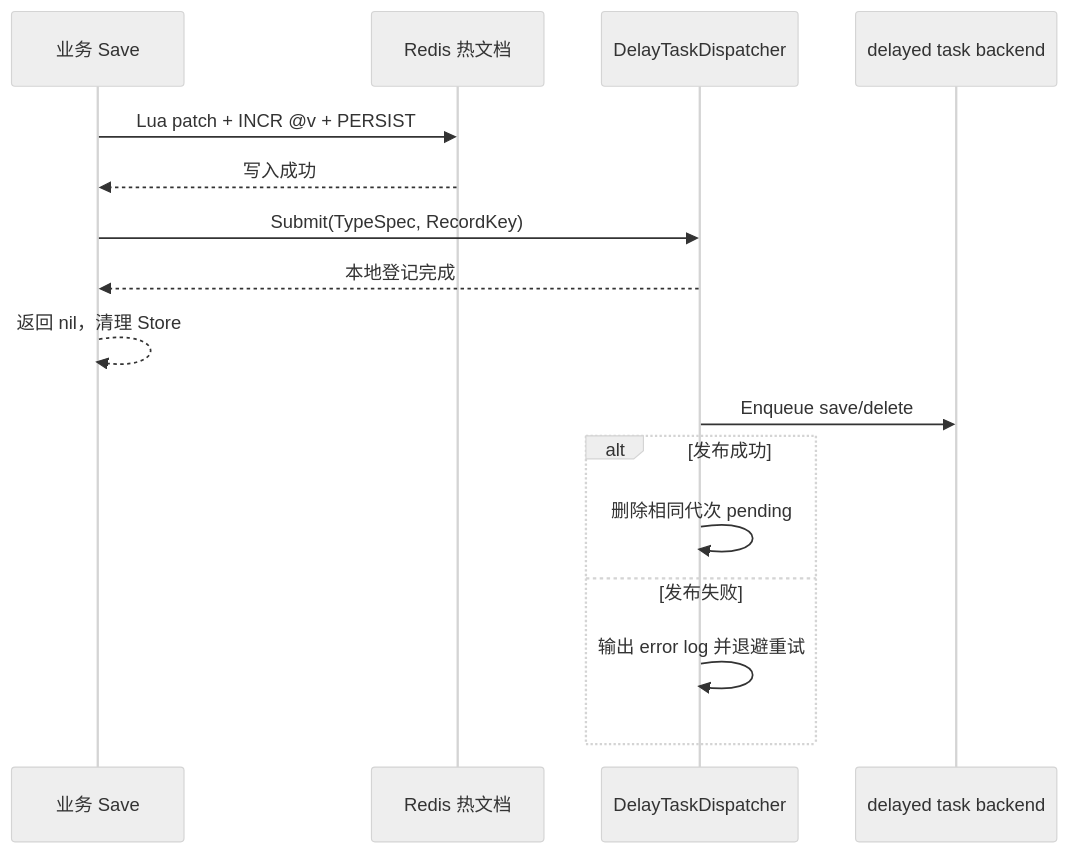
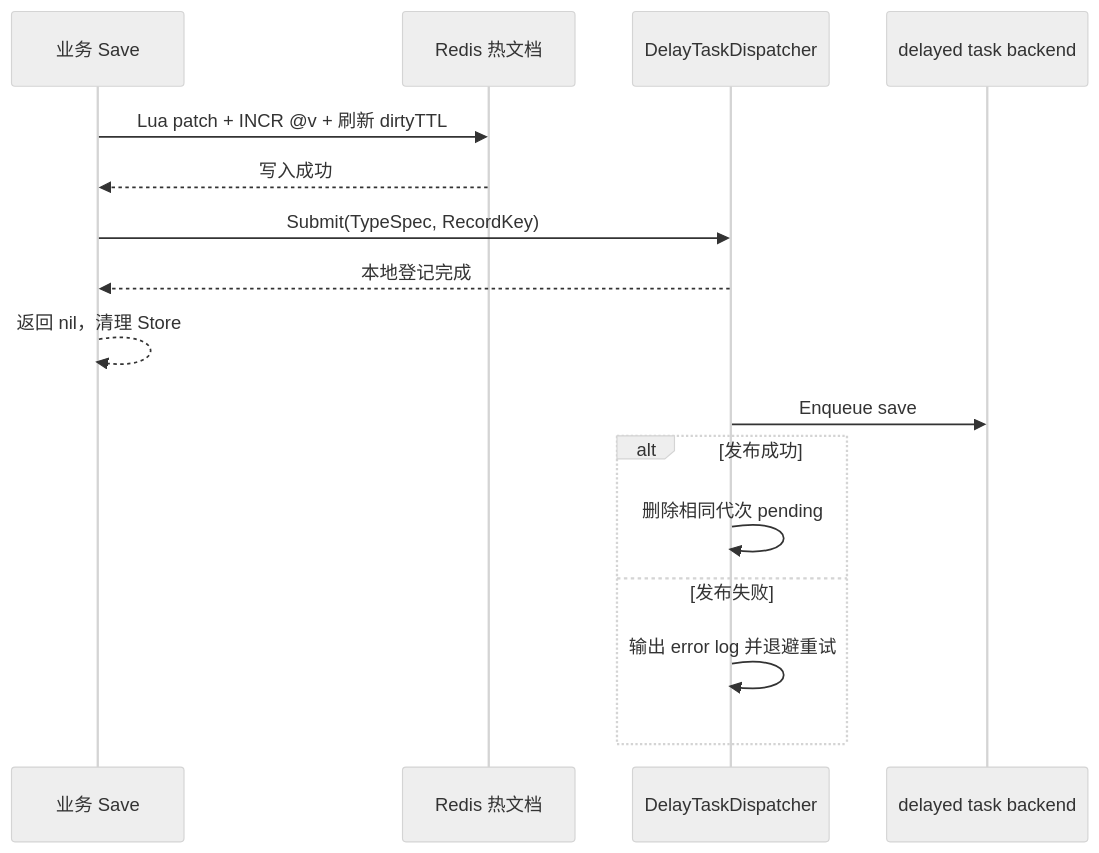
Before and after one commit to ngnl47/tx: the first of 2 diagrams in docs/design.md, drawn with Mermaid (neutral theme). The commit also changed other lines of this file and 26 other files, not shown here.

Commit message:
feat(fusion): 增加 dirtyTTL 配置并收敛热数据生命周期

````diff
--- a/docs/design.md
+++ b/docs/design.md
@@ -1144,19 +1143,19 @@
 ```mermaid
 sequenceDiagram
     participant B as 业务 Save
     participant R as Redis 热文档
     participant D as DelayTaskDispatcher
     participant Q as delayed task backend
 
-    B->>R: Lua patch + INCR @v + PERSIST
+    B->>R: Lua patch + INCR @v + 刷新 dirtyTTL
     R-->>B: 写入成功
     B->>D: Submit(TypeSpec, RecordKey)
     D-->>B: 本地登记完成
     B-->>B: 返回 nil，清理 Store
-    D->>Q: Enqueue save/delete
+    D->>Q: Enqueue save
     alt 发布成功
         D->>D: 删除相同代次 pending
     else 发布失败
         D->>D: 输出 error log 并退避重试
     end
 ```
````
